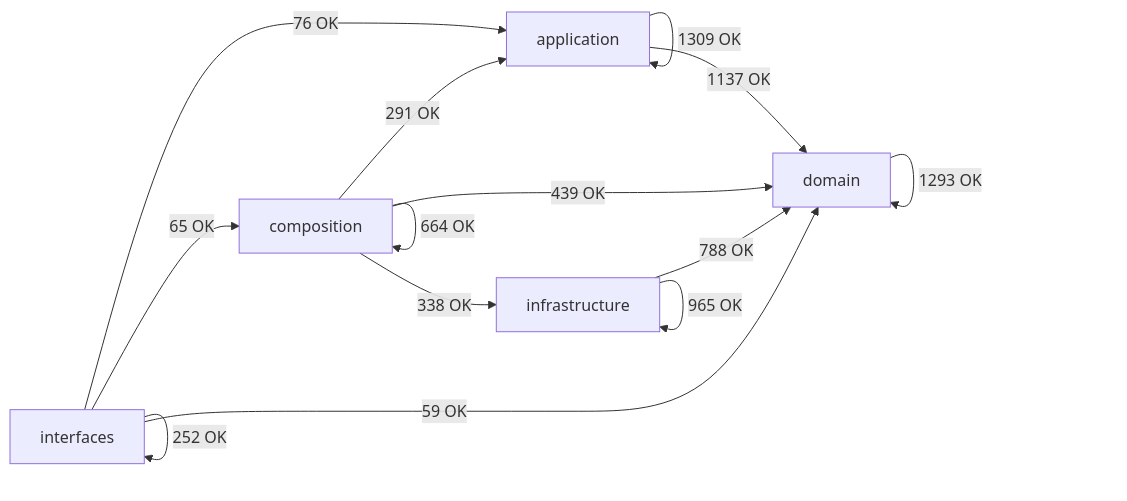
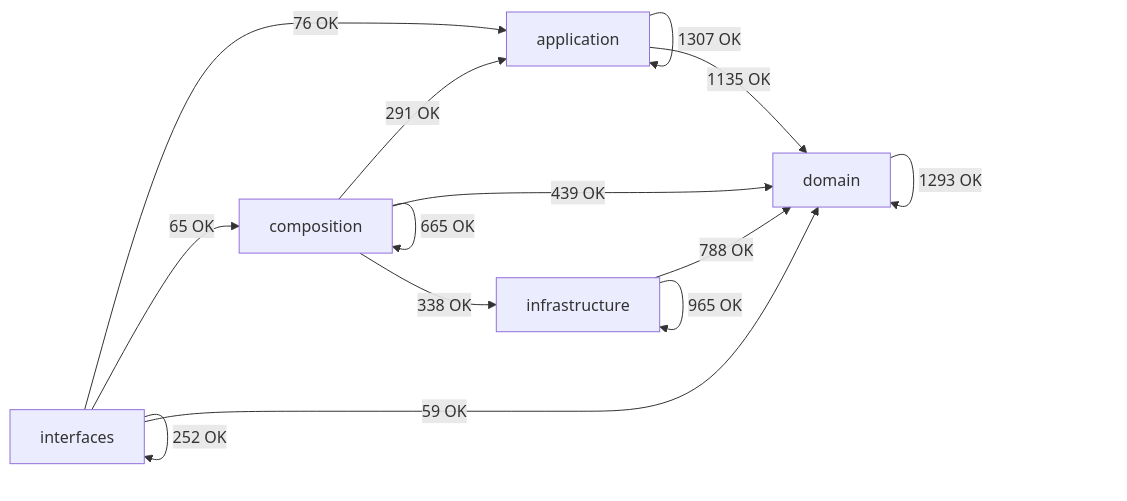
One commit to SatoryKono/BioactivityDataAcquisition changed the diagram in docs/02-architecture/generated/module-dependency-map.md. Above: the diagram before and after it, drawn with Mermaid. The commit also changed other lines of this file and 58 other files, not shown here.

````diff
--- a/docs/02-architecture/generated/module-dependency-map.md
+++ b/docs/02-architecture/generated/module-dependency-map.md
@@ -17,21 +17,21 @@
 ```mermaid
 flowchart LR
     domain[domain]
     application[application]
     infrastructure[infrastructure]
     composition[composition]
     interfaces[interfaces]
-    application -->|1309 OK| application
-    application -->|1137 OK| domain
+    application -->|1307 OK| application
+    application -->|1135 OK| domain
     composition -->|291 OK| application
-    composition -->|664 OK| composition
+    composition -->|665 OK| composition
     composition -->|439 OK| domain
     composition -->|338 OK| infrastructure
     domain -->|1293 OK| domain
     infrastructure -->|788 OK| domain
     infrastructure -->|965 OK| infrastructure
     interfaces -->|76 OK| application
     interfaces -->|65 OK| composition
     interfaces -->|59 OK| domain
     interfaces -->|252 OK| interfaces
 ```
````
